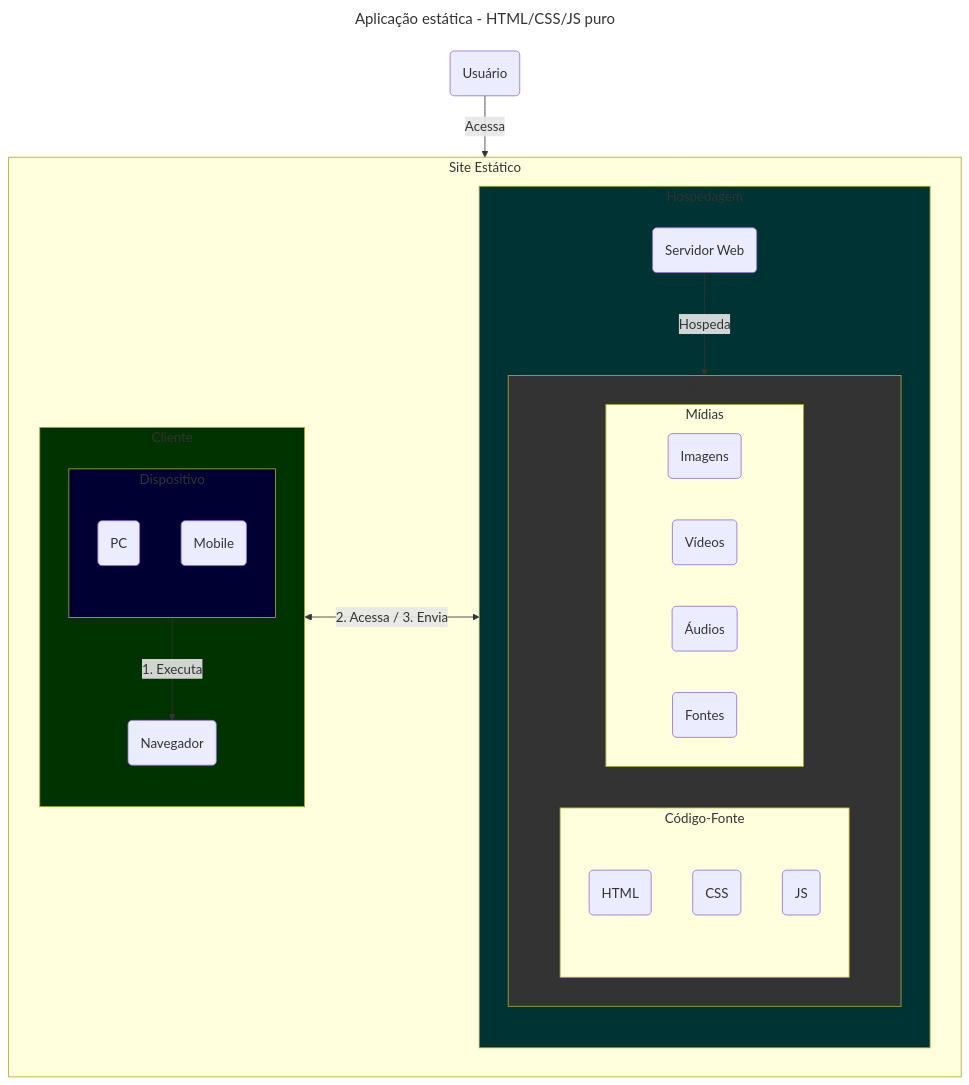
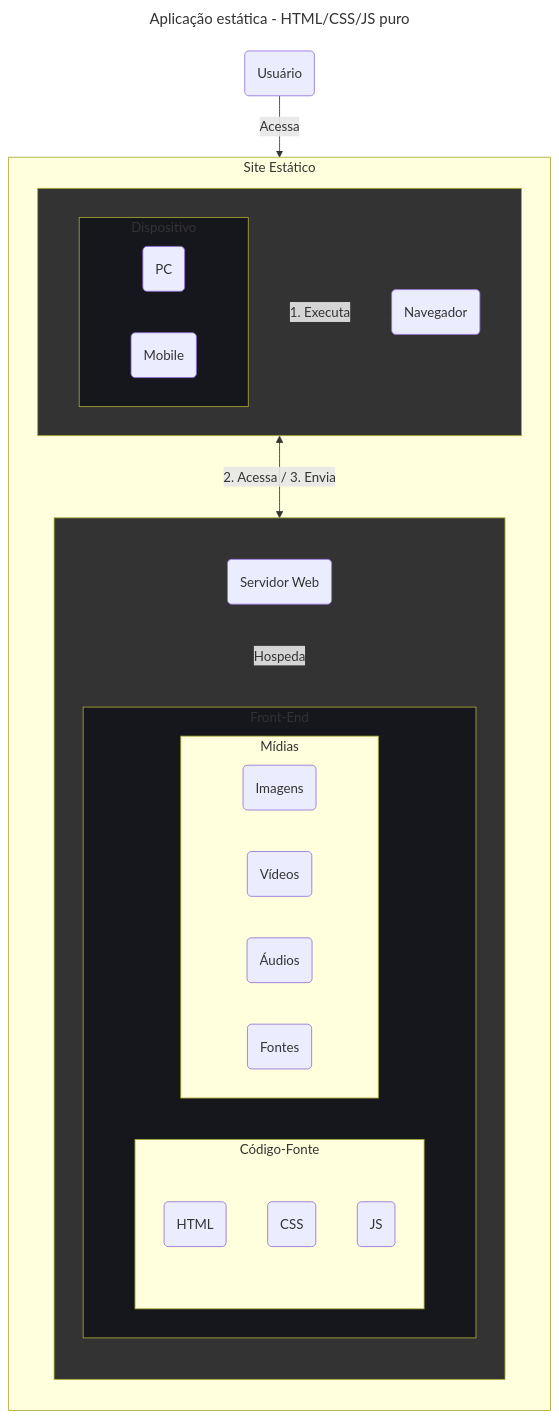
The first of 4 diagrams in README.md (dev-alexmachado/guia_rapido_aplicacoes_web), drawn with Mermaid before and after one commit. The commit also changed other lines of this file, not shown here.

Commit message:
Add: novo diagrama, mvt

```diff
--- a/README.md
+++ b/README.md
@@ -39,53 +39,54 @@
 ~~~mermaid
 ---
 title: Aplicação estática - HTML/CSS/JS puro
 ---
 graph TD
     Usuário(Usuário)
 
     subgraph Sistema [Site Estático]
-        direction LR
+        direction TD
 
         subgraph Hospedagem
             direction TD
 
             SW(Servidor Web)
 
             subgraph Front-End
+                direction LR
                 subgraph Código-Fonte
                     HTML(HTML)
                     CSS(CSS)
                     JS(JS)
                 end
 
                 subgraph Mídias
                     Imagens(Imagens)
                     Vídeos(Vídeos)
                     Áudios(Áudios)
                     Fontes(Fontes)
                 end
             end
         end
 
         subgraph Cliente
-            direction TD
+            direction LR
 
             Navegador(Navegador)
 
             subgraph Dispositivo
                 PC(PC)
                 Mobile(Mobile)
             end
         end
     end
 
     Usuário -- Acessa --> Sistema
     Dispositivo -- 1. Executa --> Navegador
     Cliente <-- 2. Acessa / 3. Envia --> Hospedagem
     SW -- Hospeda --> Front-End
 
-    style Cliente fill: #030
-    style Dispositivo fill: #003
-    style Hospedagem fill: #033
-    style Front-End fill: #333
+    style Cliente fill: #333
+    style Hospedagem fill: #333
+    style Dispositivo fill: #16161d
+    style Front-End fill: #16161d
 ~~~
```
